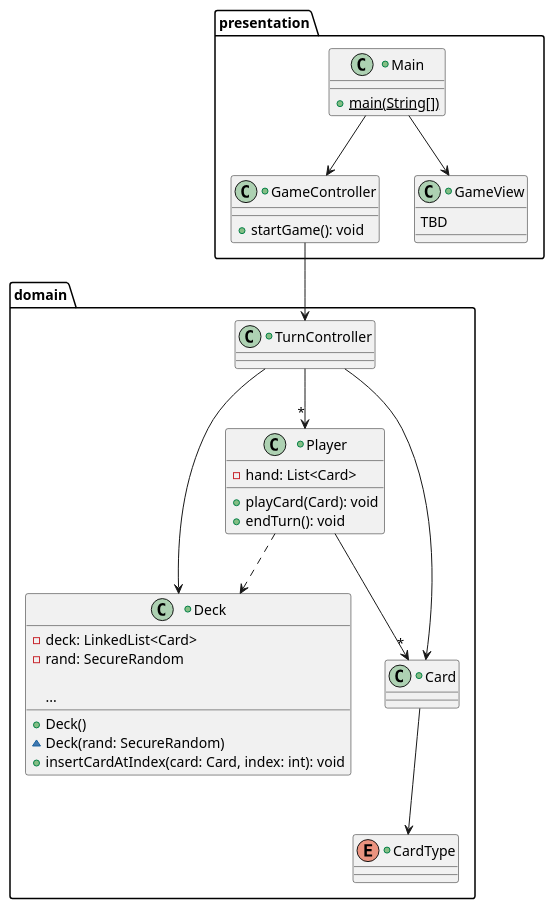
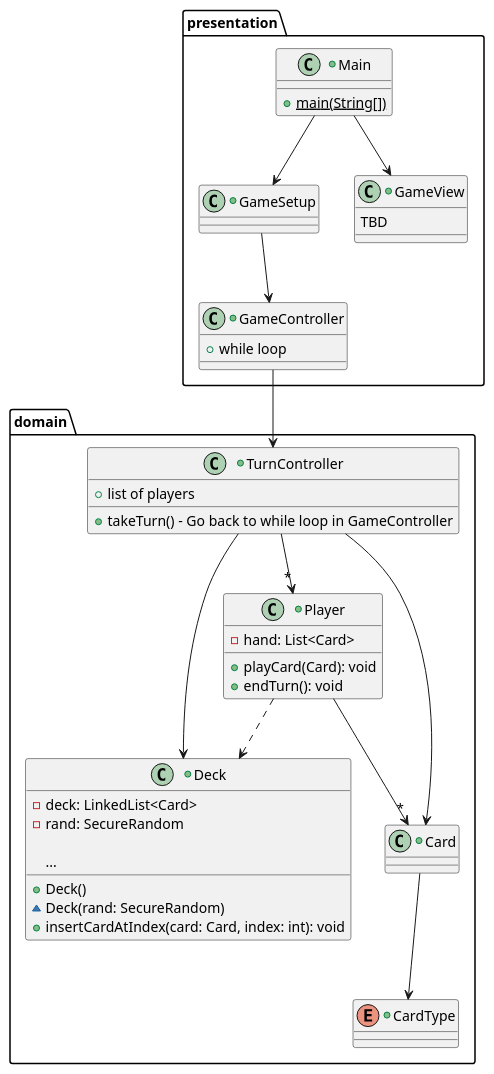
One commit to Tefryn/Exploding-Wildcats changed the diagram in docs/design/design.puml. Above: the diagram before and after it, drawn with PlantUML.

Commit message:
Initial design puml

```diff
--- a/docs/design/design.puml
+++ b/docs/design/design.puml
@@ -1,56 +1,62 @@
 @startuml
 package presentation{
     +class Main{
         +{static} main(String[])
     }
-    Main --> GameController
+    Main --> GameSetup
     Main --> GameView
 
+    +class GameSetup{
+    }
+    GameSetup --> GameController
     +class GameController{
-        +startGame(): void
+
+        +while loop
     }
     +class GameView{
         TBD
     }
 }
 presentation.GameController --> domain.TurnController
 
 package domain{
     +class TurnController{
+        +list of players
+        +takeTurn() - Go back to while loop in GameController
     }
     TurnController --> Deck
     TurnController --> "*" Player
     TurnController --> Card
 
 
     +class Player{
         -hand: List<Card>
 
         +playCard(Card): void
         +endTurn(): void
     }
     Player --> "*" Card
     Player ..> Deck
 
     +class Deck{
         -deck: LinkedList<Card>
         -rand: SecureRandom
 
         +Deck()
         ~Deck(rand: SecureRandom)
         +insertCardAtIndex(card: Card, index: int): void
         ...
 
     }
 
     +class Card{
 
     }
 
     +enum CardType{
 
     }
     Card --> CardType
 
 }
 @enduml
```
